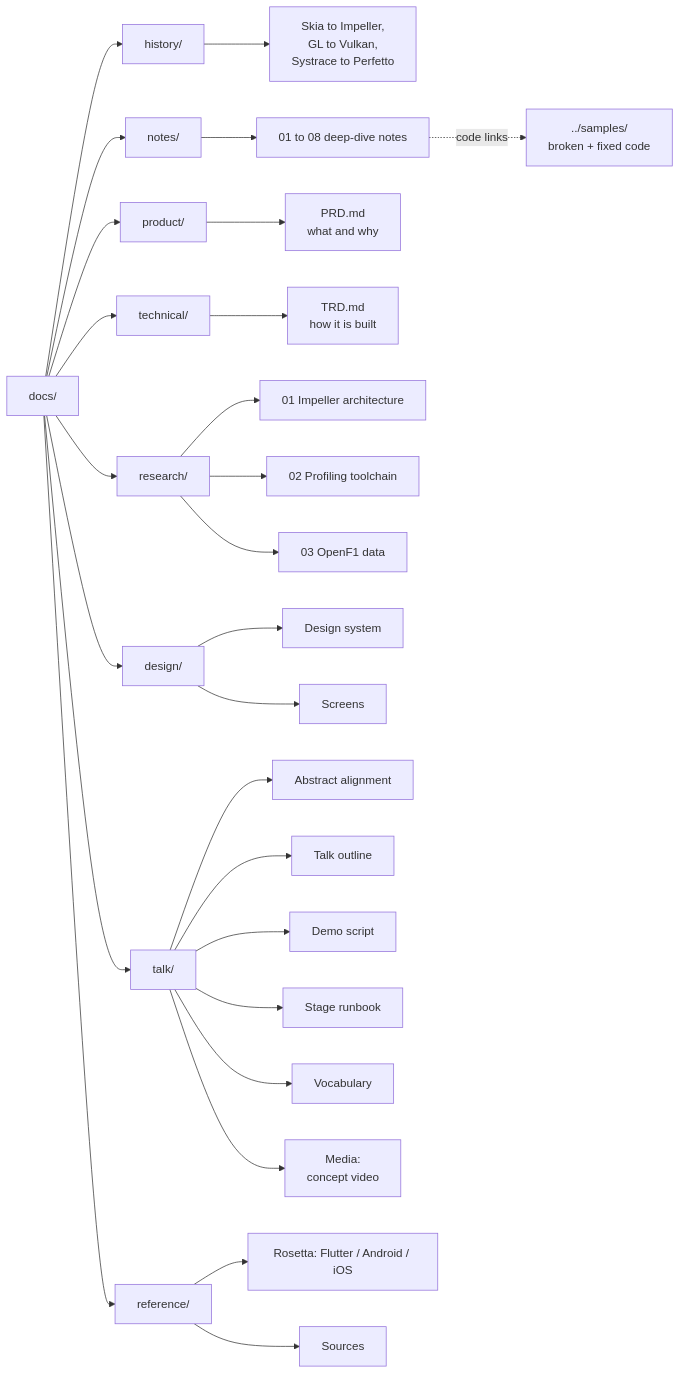
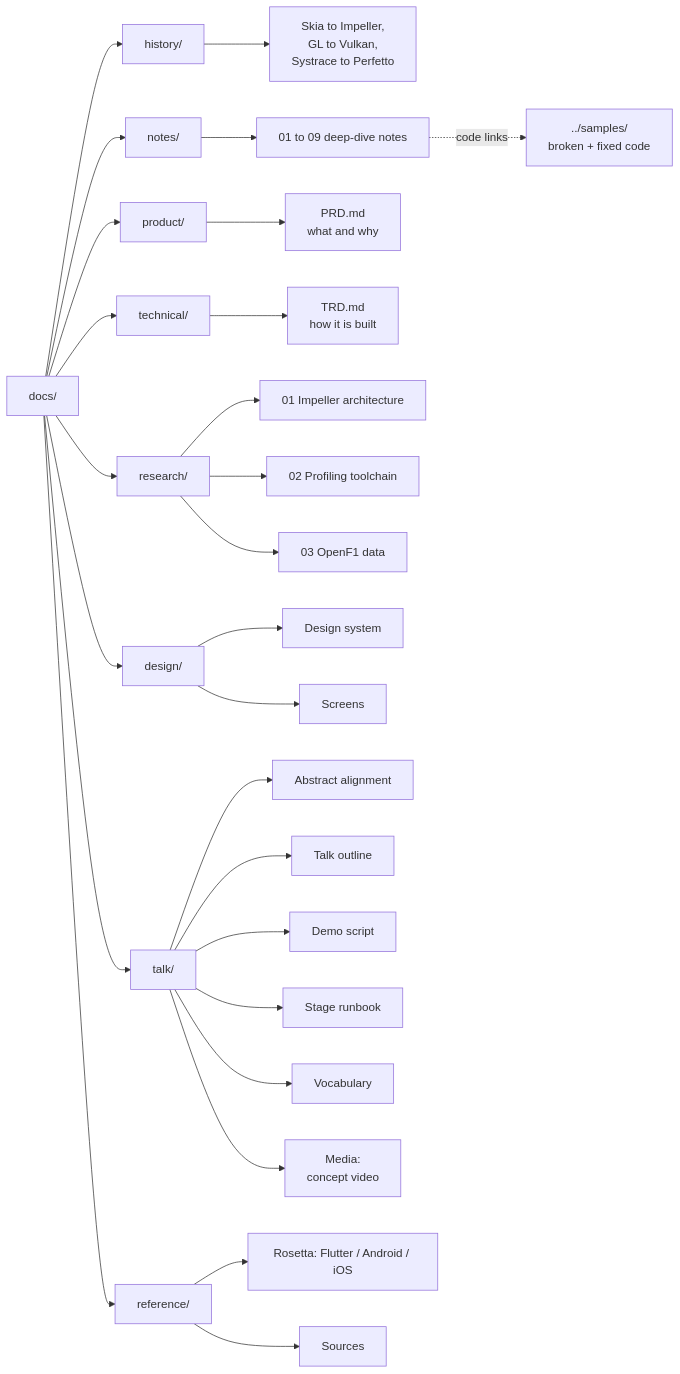
The diagram in docs/README.md (cm-collins/fluttercon-demo-app), drawn with Mermaid before and after one commit. The commit also changed other lines of this file and 9 other files, not shown here.

````diff
--- a/docs/README.md
+++ b/docs/README.md
@@ -15,30 +15,30 @@
 ```mermaid
 flowchart LR
     root["docs/"] --> product["product/"]
     root --> technical["technical/"]
     root --> research["research/"]
     root --> design["design/"]
     root --> talk["talk/"]
     root --> reference["reference/"]
     root --> history["history/"]
     history --> h1["Skia to Impeller,<br/>GL to Vulkan,<br/>Systrace to Perfetto"]
     root --> notes["notes/"]
-    notes --> n1["01 to 08 deep-dive notes"]
+    notes --> n1["01 to 09 deep-dive notes"]
     n1 -.->|"code links"| samples["../samples/<br/>broken + fixed code"]
 
     product --> prd["PRD.md<br/>what and why"]
     technical --> trd["TRD.md<br/>how it is built"]
     research --> r1["01 Impeller architecture"]
     research --> r2["02 Profiling toolchain"]
     research --> r3["03 OpenF1 data"]
     design --> d1["Design system"]
     design --> d2["Screens"]
     talk --> t0["Abstract alignment"]
     talk --> t1["Talk outline"]
     talk --> t2["Demo script"]
     talk --> t3["Stage runbook"]
     talk --> t4["Vocabulary"]
     talk --> t5["Media:<br/>concept video"]
     reference --> f1["Rosetta: Flutter / Android / iOS"]
     reference --> f2["Sources"]
 ```
````
